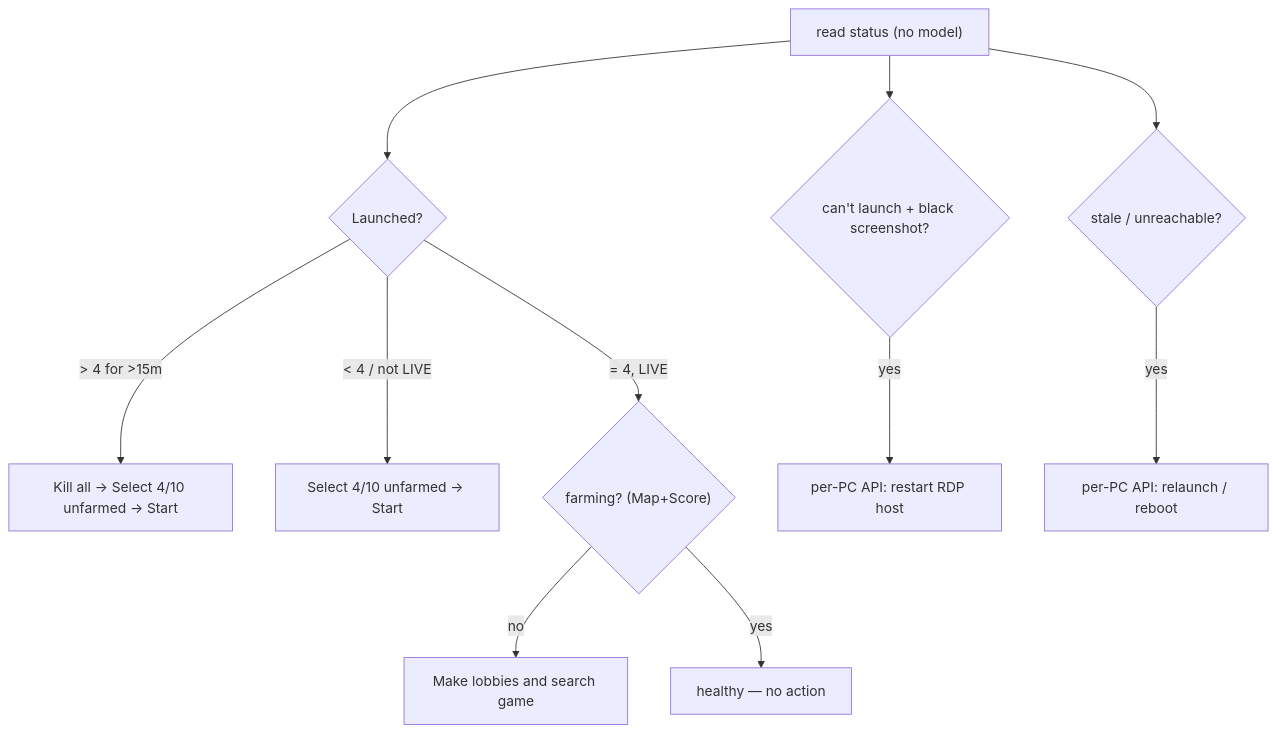
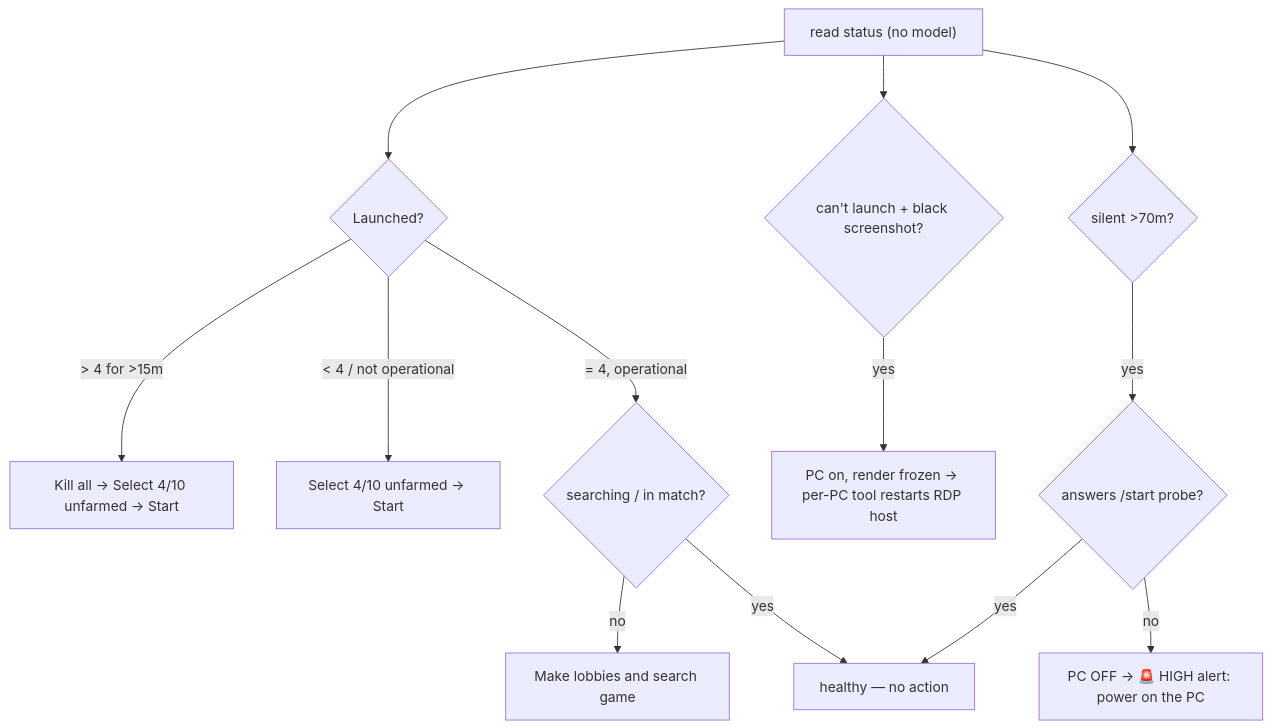
One commit to s1gmamale1/Farm-Telegram-Monitoring changed the diagram in docs/wiki/components/Monitoring and Recovery Rules.md. Above: the diagram before and after it, drawn with Mermaid. The commit also changed other lines of this file and 3 other files, not shown here.

````diff
--- a/docs/wiki/components/Monitoring and Recovery Rules.md
+++ b/docs/wiki/components/Monitoring and Recovery Rules.md
@@ -53,13 +54,15 @@
 ```mermaid
 flowchart TD
   S["read status (no model)"] --> L{"Launched?"}
   L -->|"> 4 for >15m"| R1["Kill all → Select 4/10 unfarmed → Start"]
-  L -->|"< 4 / not LIVE"| R2["Select 4/10 unfarmed → Start"]
-  L -->|"= 4, LIVE"| F{"farming? (Map+Score)"}
+  L -->|"< 4 / not operational"| R2["Select 4/10 unfarmed → Start"]
+  L -->|"= 4, operational"| F{"searching / in match?"}
   F -->|"no"| R3["Make lobbies and search game"]
   F -->|"yes"| OK["healthy — no action"]
   S --> B{"can't launch + black screenshot?"}
-  B -->|"yes"| R4["per-PC API: restart RDP host"]
-  S --> D{"stale / unreachable?"}
-  D -->|"yes"| R6["per-PC API: relaunch / reboot"]
+  B -->|"yes"| R4["PC on, render frozen → per-PC tool restarts RDP host"]
+  S --> D{"silent >70m?"}
+  D -->|"yes"| P{"answers /start probe?"}
+  P -->|"yes"| OK
+  P -->|"no"| R6["PC OFF → 🚨 HIGH alert: power on the PC"]
 ```
````
